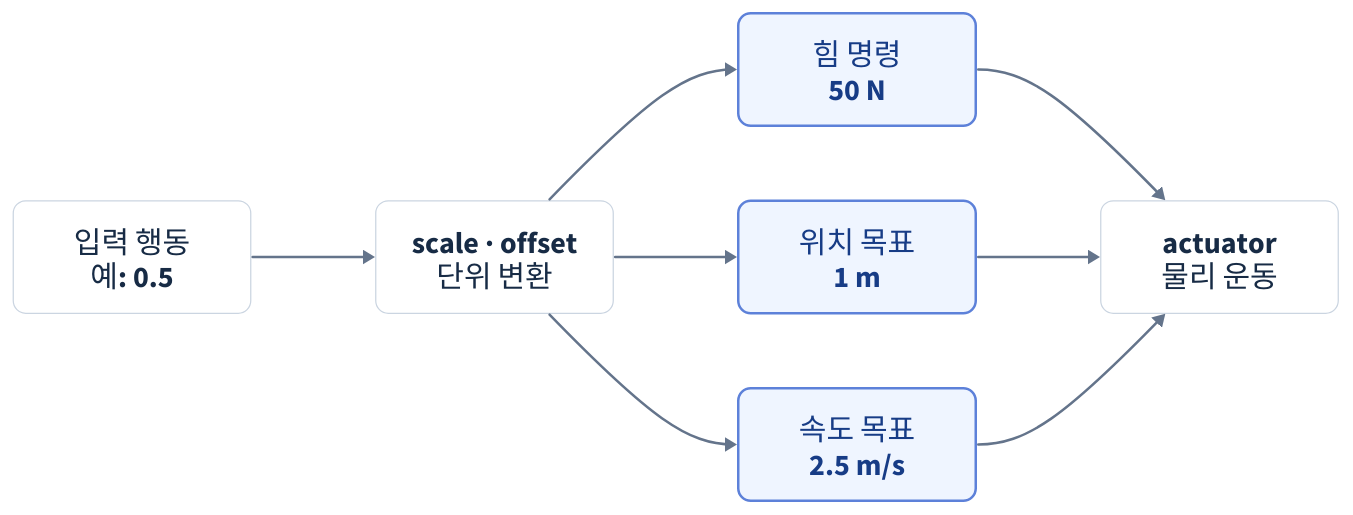
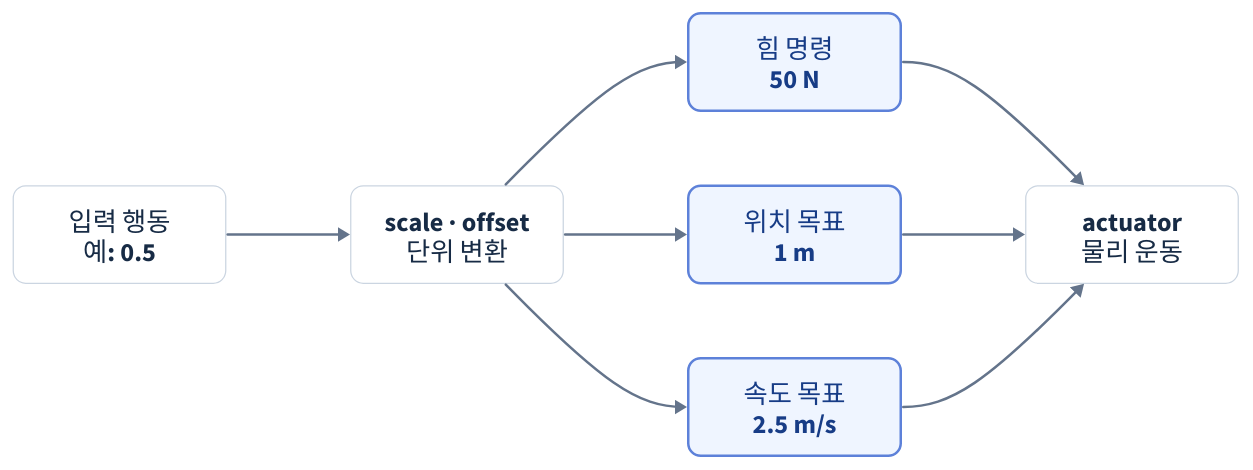
Before and after one commit to fortex66/physical-ai-training: the diagram in learning-notes/reinforcement-learning/diagrams/10-action-space.d2, drawn with D2. The commit also changed 44 other files, not shown here.

Commit message:
docs: add lesson 23 custom RL environment and reduce diagram sizing

```diff
--- a/learning-notes/reinforcement-learning/diagrams/10-action-space.d2
+++ b/learning-notes/reinforcement-learning/diagrams/10-action-space.d2
@@ -1,30 +1,30 @@
 direction: right
 classes: {
   box: {
-    width: 190
-    height: 90
-    style: {font-size: 24; font-color: "#172B45"; fill: "#FFFFFF"; stroke: "#CBD5E1"; stroke-width: 1; border-radius: 10}
+    width: 170
+    height: 78
+    style: {font-size: 21; font-color: "#172B45"; fill: "#FFFFFF"; stroke: "#CBD5E1"; stroke-width: 1; border-radius: 10}
   }
   focus: {
-    width: 190
-    height: 90
-    style: {font-size: 24; font-color: "#173C86"; fill: "#EFF5FF"; stroke: "#5D81D9"; stroke-width: 2; border-radius: 10}
+    width: 170
+    height: 78
+    style: {font-size: 21; font-color: "#173C86"; fill: "#EFF5FF"; stroke: "#5D81D9"; stroke-width: 2; border-radius: 10}
   }
 }
 *.class: box
-*.style.font-size: 24
+*.style.font-size: 21
 (* -> *)[*].style.stroke: "#64748B"
 (* -> *)[*].style.stroke-width: 2
 input: "입력 행동\n예: 0.5"
 process: "scale · offset\n단위 변환"
 effort: "힘 명령\n50 N" {class: focus}
 position: "위치 목표\n1 m" {class: focus}
 velocity: "속도 목표\n2.5 m/s" {class: focus}
 robot: "actuator\n물리 운동"
 input -> process
 process -> effort
 process -> position
 process -> velocity
 effort -> robot
 position -> robot
 velocity -> robot
```
